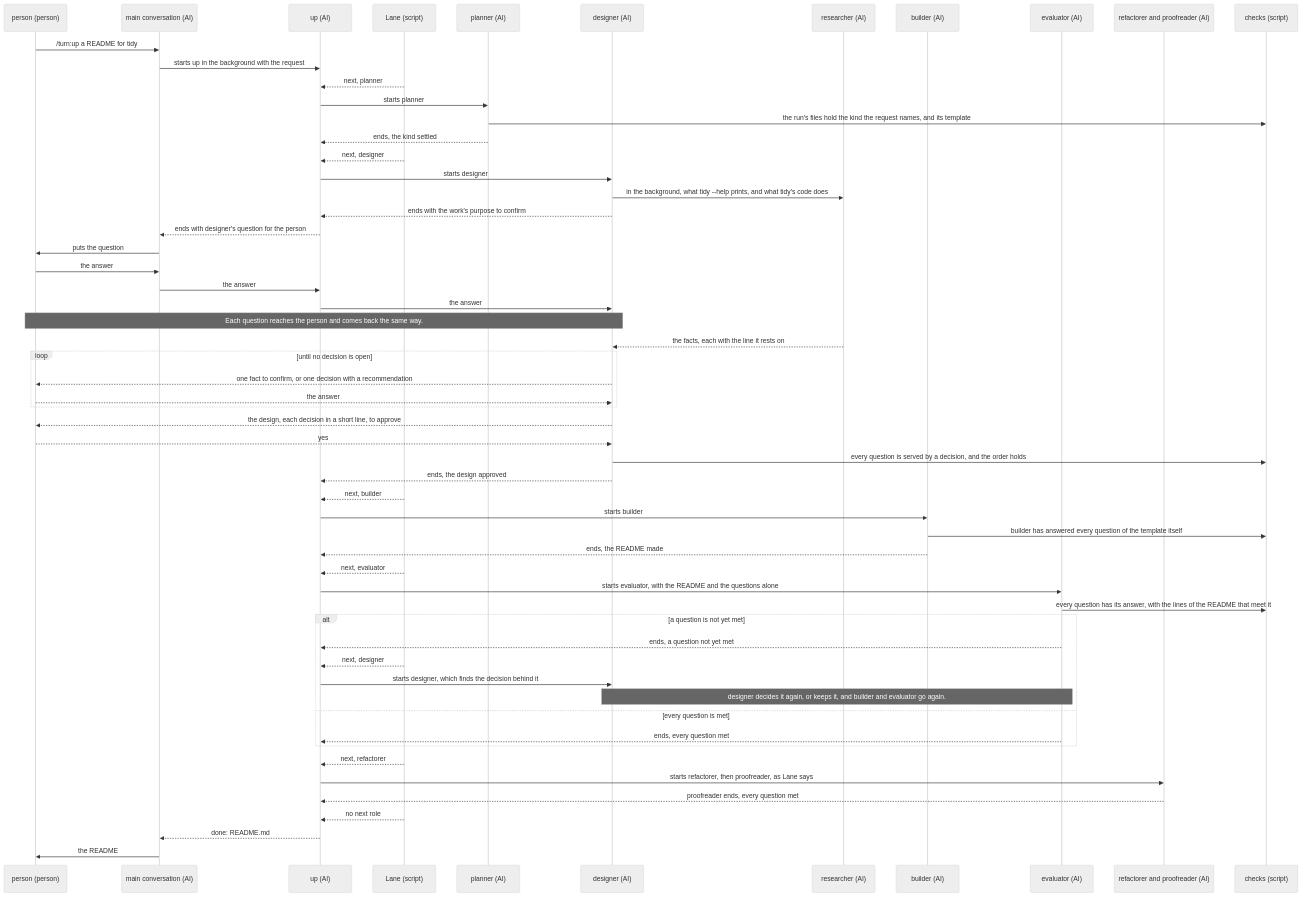
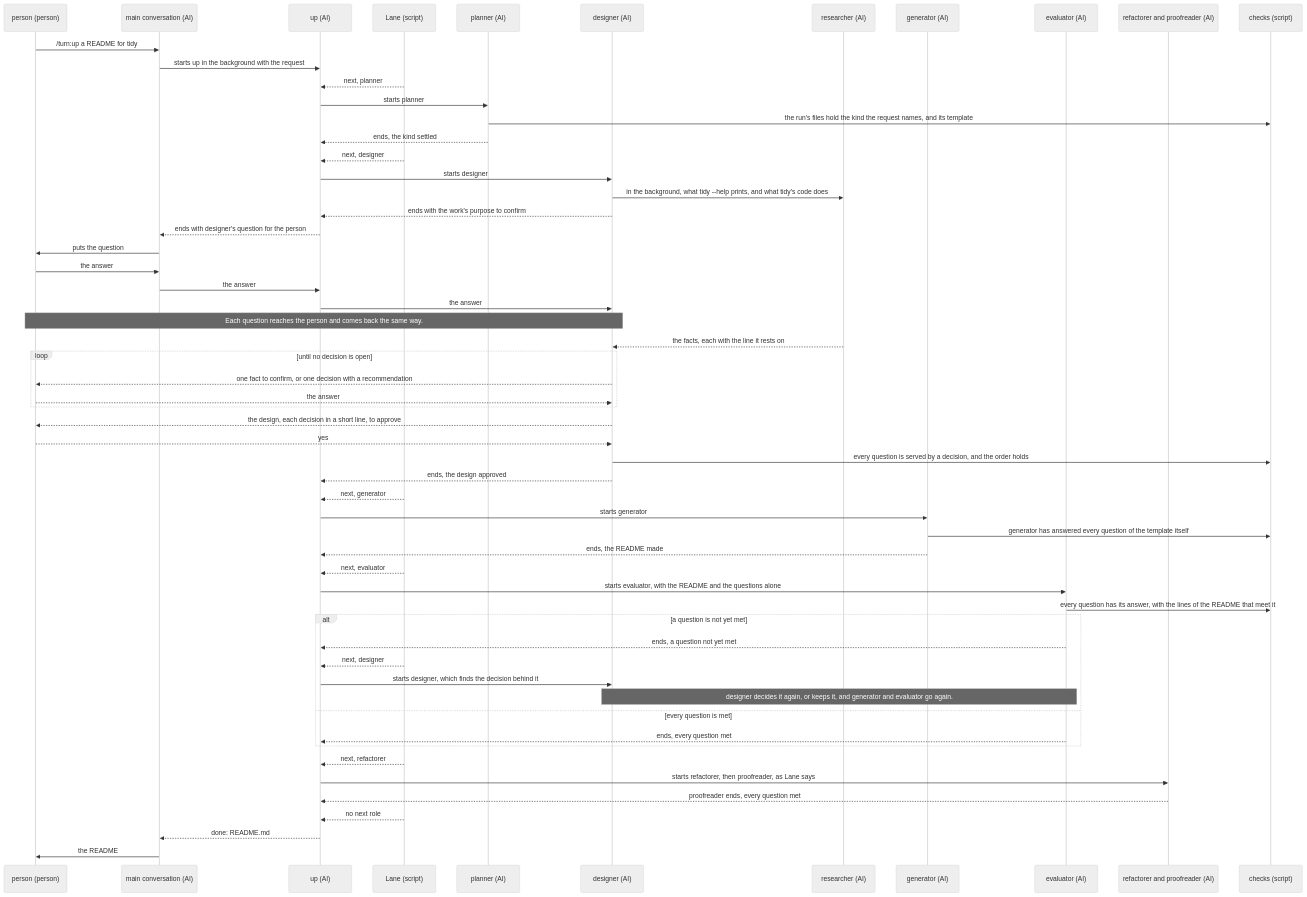
One commit to lovaizu/ccpm changed the first of 3 diagrams in dev/turn/ux.md. Above: the diagram before and after it, drawn with Mermaid (neutral theme). The commit also changed other lines of this file and 45 other files, not shown here.

First line of the commit message:
turn: the role that makes the work from the design is generator, paired with evaluator as Anthropic's harness design names them, its result generated; whoever develops a plugin or a product is a developer, so builder no longer means two things

````diff
--- a/dev/turn/ux.md
+++ b/dev/turn/ux.md
@@ -73,60 +73,60 @@
 ```mermaid
 sequenceDiagram
   participant P as person (person)
   participant M as main conversation (AI)
   participant U as up (AI)
   participant L as Lane (script)
   participant PL as planner (AI)
   participant D as designer (AI)
   participant R as researcher (AI)
-  participant B as builder (AI)
+  participant B as generator (AI)
   participant E as evaluator (AI)
   participant RF as refactorer and proofreader (AI)
   participant C as checks (script)
   P->>M: /turn:up a README for tidy
   M->>U: starts up in the background with the request
   L-->>U: next, planner
   U->>PL: starts planner
   PL->>C: the run's files hold the kind the request names, and its template
   PL-->>U: ends, the kind settled
   L-->>U: next, designer
   U->>D: starts designer
   D->>R: in the background, what tidy --help prints, and what tidy's code does
   D-->>U: ends with the work's purpose to confirm
   U-->>M: ends with designer's question for the person
   M->>P: puts the question
   P->>M: the answer
   M->>U: the answer
   U->>D: the answer
   Note over P,D: Each question reaches the person and comes back the same way.
   R-->>D: the facts, each with the line it rests on
   loop until no decision is open
     D-->>P: one fact to confirm, or one decision with a recommendation
     P-->>D: the answer
   end
   D-->>P: the design, each decision in a short line, to approve
   P-->>D: yes
   D->>C: every question is served by a decision, and the order holds
   D-->>U: ends, the design approved
-  L-->>U: next, builder
-  U->>B: starts builder
-  B->>C: builder has answered every question of the template itself
+  L-->>U: next, generator
+  U->>B: starts generator
+  B->>C: generator has answered every question of the template itself
   B-->>U: ends, the README made
   L-->>U: next, evaluator
   U->>E: starts evaluator, with the README and the questions alone
   E->>C: every question has its answer, with the lines of the README that meet it
   alt a question is not yet met
     E-->>U: ends, a question not yet met
     L-->>U: next, designer
     U->>D: starts designer, which finds the decision behind it
-    Note over D,E: designer decides it again, or keeps it, and builder and evaluator go again.
+    Note over D,E: designer decides it again, or keeps it, and generator and evaluator go again.
   else every question is met
     E-->>U: ends, every question met
   end
   L-->>U: next, refactorer
   U->>RF: starts refactorer, then proofreader, as Lane says
   RF-->>U: proofreader ends, every question met
   L-->>U: no next role
   U-->>M: done: README.md
   M->>P: the README
 ```
````
